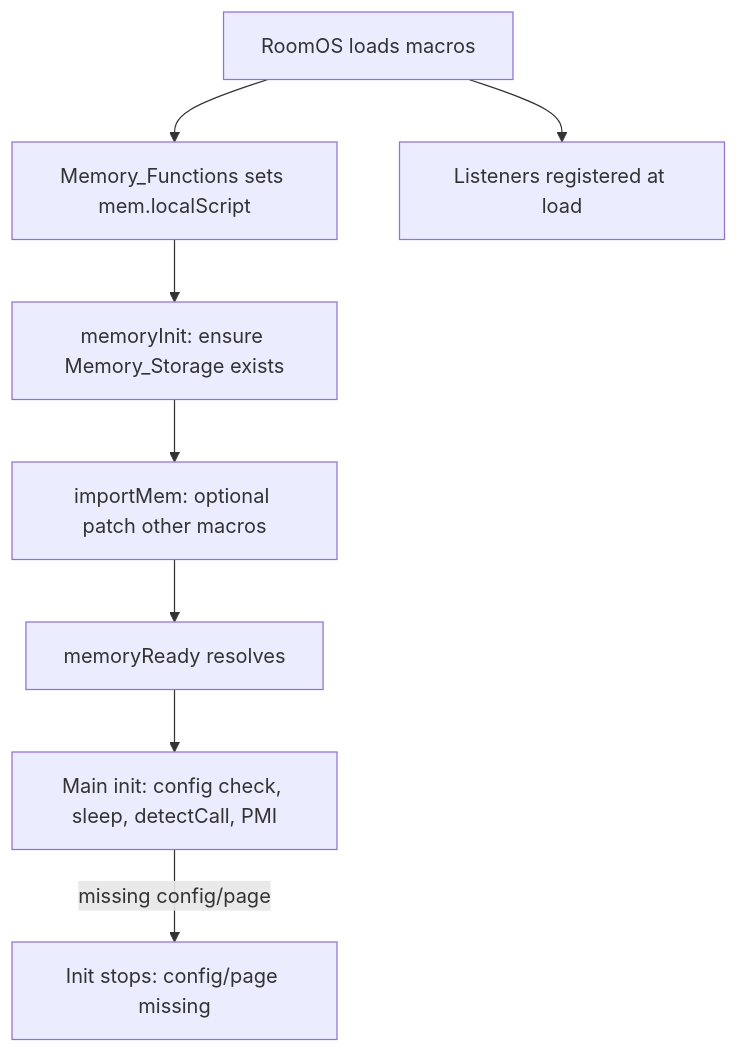
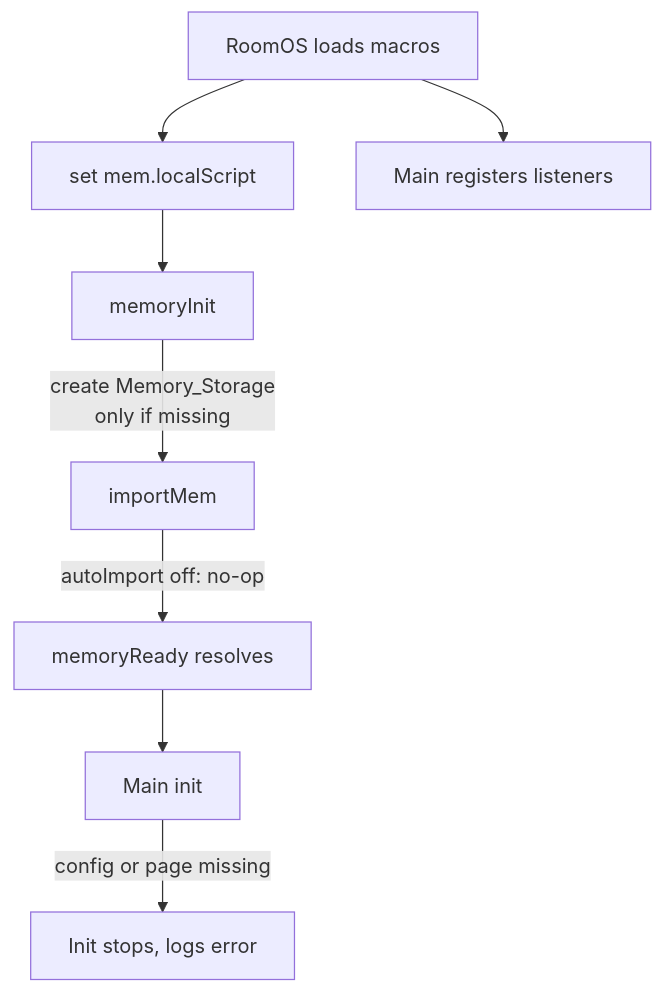
One commit to sebastianspicker/roomos-join-zoom-quickjs-fix changed the second of 4 diagrams in README.md. Above: the diagram before and after it, drawn with Mermaid. The commit also changed other lines of this file and 9 other files, not shown here.

````diff
--- a/README.md
+++ b/README.md
@@ -45,18 +72,18 @@
 ```mermaid
 flowchart TB
   Load[RoomOS loads macros]
-  SetLocal[Memory_Functions sets mem.localScript]
-  MemInit[memoryInit: ensure Memory_Storage exists]
-  ImportMem[importMem: optional patch other macros]
+  SetLocal[set mem.localScript]
+  MemInit[memoryInit]
+  ImportMem[importMem]
   Ready[memoryReady resolves]
-  Init[Main init: config check, sleep, detectCall, PMI]
-  Listeners[Listeners registered at load]
-  InitError[Init stops: config/page missing]
+  Listeners[Main registers listeners]
+  Init[Main init]
+  InitError[Init stops, logs error]
   Load --> SetLocal
   SetLocal --> MemInit
-  MemInit --> ImportMem
-  ImportMem --> Ready
+  MemInit -->|"create Memory_Storage<br/>only if missing"| ImportMem
+  ImportMem -->|"autoImport off: no-op"| Ready
   Load --> Listeners
   Ready --> Init
-  Init -->|missing config/page| InitError
+  Init -->|"config or page missing"| InitError
 ```
````
